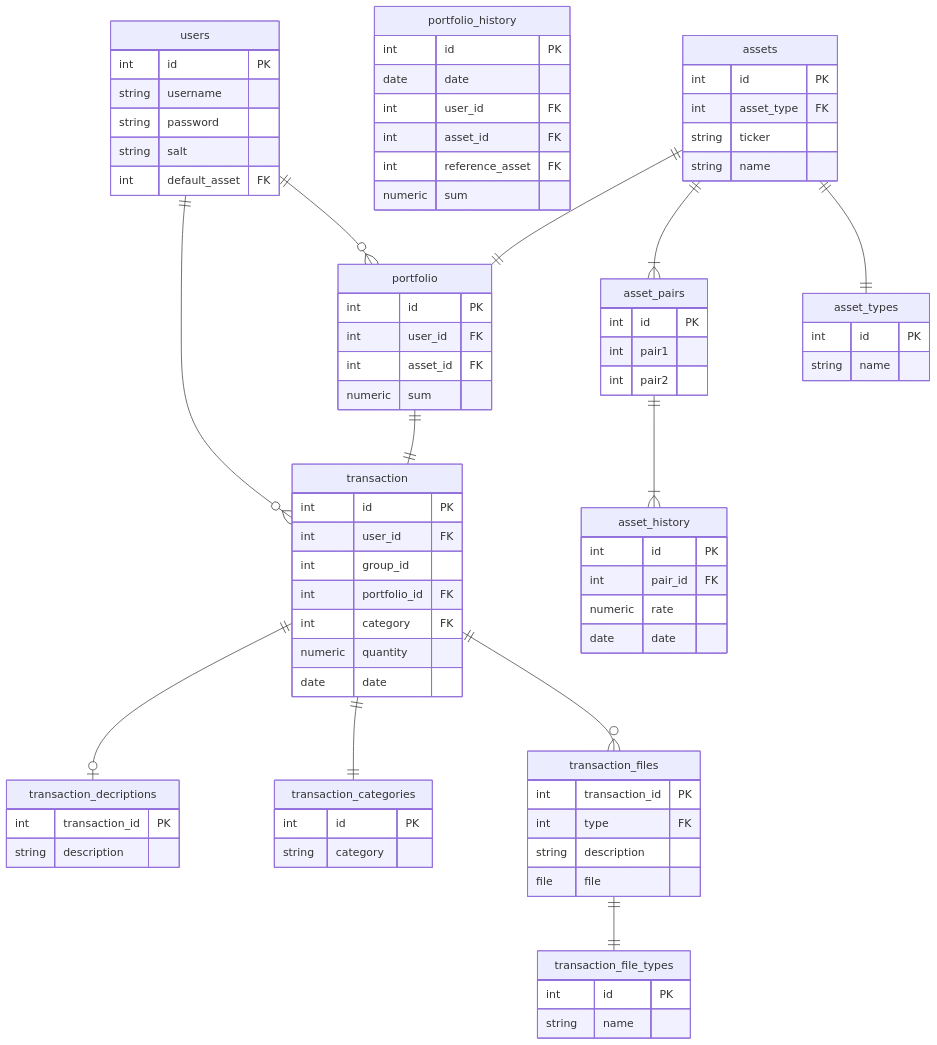
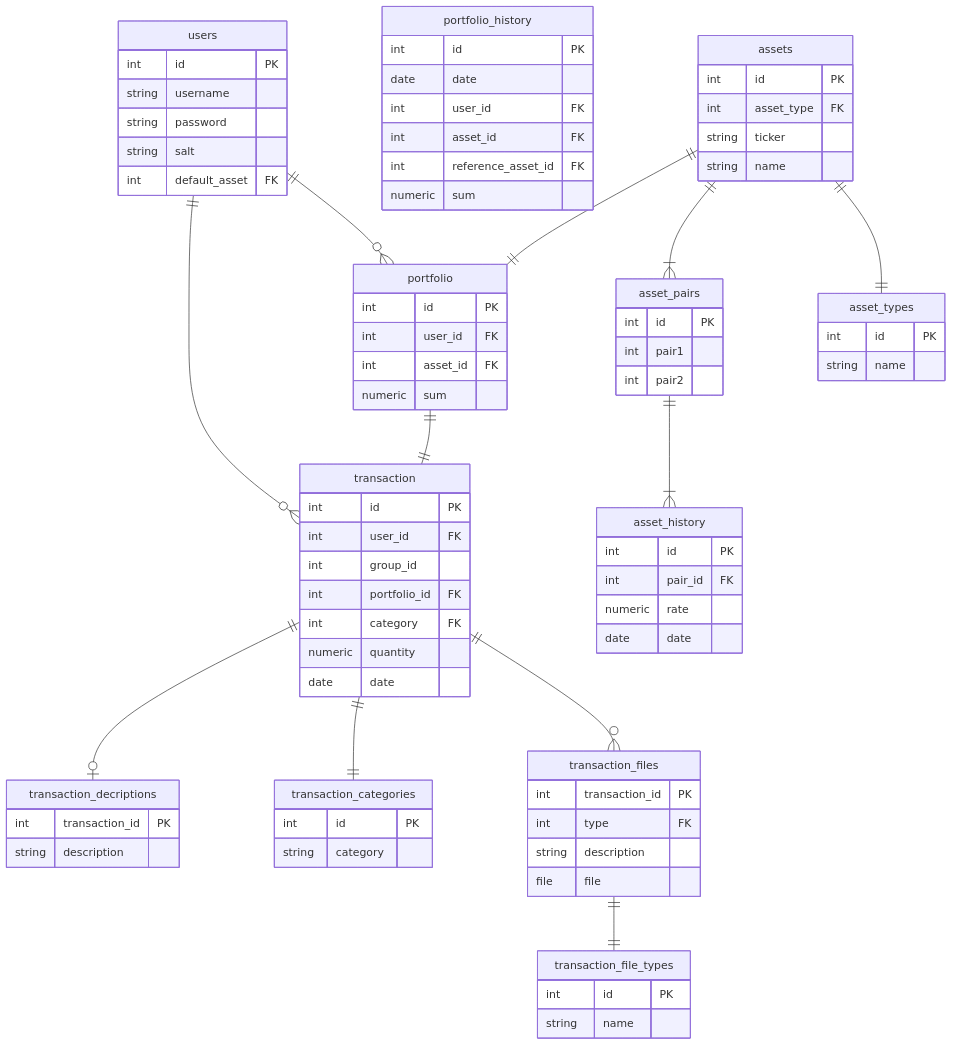
One commit to EinarasGar/myra changed the diagram in database/readme.md. Above: the diagram before and after it, drawn with Mermaid. The commit also changed 5 other files, not shown here.

Commit message:
Add postgres and flyway containers, initial db schema

```diff
--- a/database/readme.md
+++ b/database/readme.md
@@ -26,7 +26,7 @@
         date date
         int user_id FK
         int asset_id FK
-        int reference_asset FK
+        int reference_asset_id FK
         numeric sum
     }
 
```
